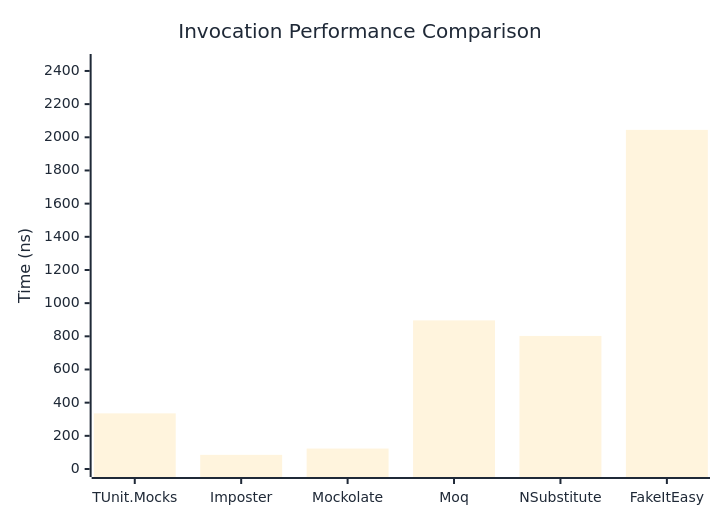
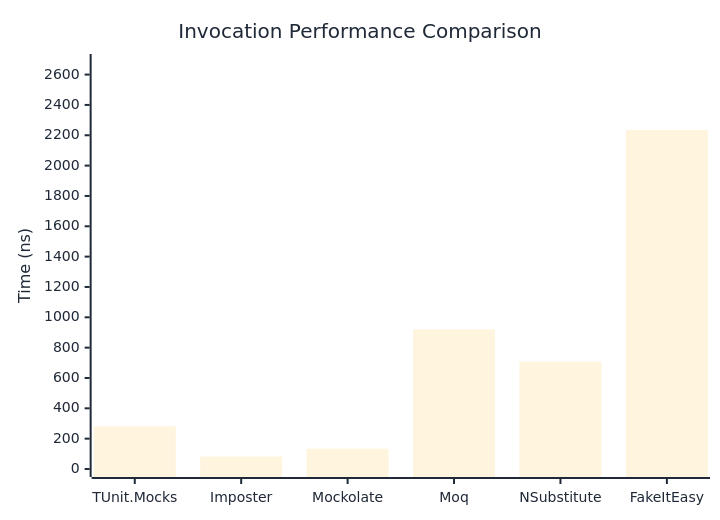
Before and after one commit to thomhurst/TUnit: the first of 3 diagrams in docs/docs/benchmarks/mocks/Invocation.md, drawn with Mermaid. The commit also changed other lines of this file and 14 other files, not shown here.

````diff
--- a/docs/docs/benchmarks/mocks/Invocation.md
+++ b/docs/docs/benchmarks/mocks/Invocation.md
@@ -30,27 +30,27 @@
 ```mermaid
 %%{init: {
   'theme':'base',
   'themeVariables': {
     'primaryColor': '#2563eb',
     'primaryTextColor': '#1f2937',
     'primaryBorderColor': '#1e40af',
     'lineColor': '#6b7280',
     'secondaryColor': '#7c3aed',
     'tertiaryColor': '#dc2626',
     'background': '#ffffff',
     'pie1': '#2563eb',
     'pie2': '#7c3aed',
     'pie3': '#dc2626',
     'pie4': '#f59e0b',
     'pie5': '#10b981',
     'pie6': '#06b6d4',
     'pie7': '#ec4899',
     'pie8': '#6366f1'
   }
 }}%%
 xychart-beta
   title "Invocation Performance Comparison"
   x-axis ["TUnit.Mocks", "Imposter", "Mockolate", "Moq", "NSubstitute", "FakeItEasy"]
-  y-axis "Time (ns)" 0 --> 2454
-  bar [335.55, 85.32, 123.28, 896.08, 802.33, 2044.73]
+  y-axis "Time (ns)" 0 --> 2683
+  bar [281.88, 81.41, 134.01, 919.86, 707.6, 2235.24]
 ```
````
